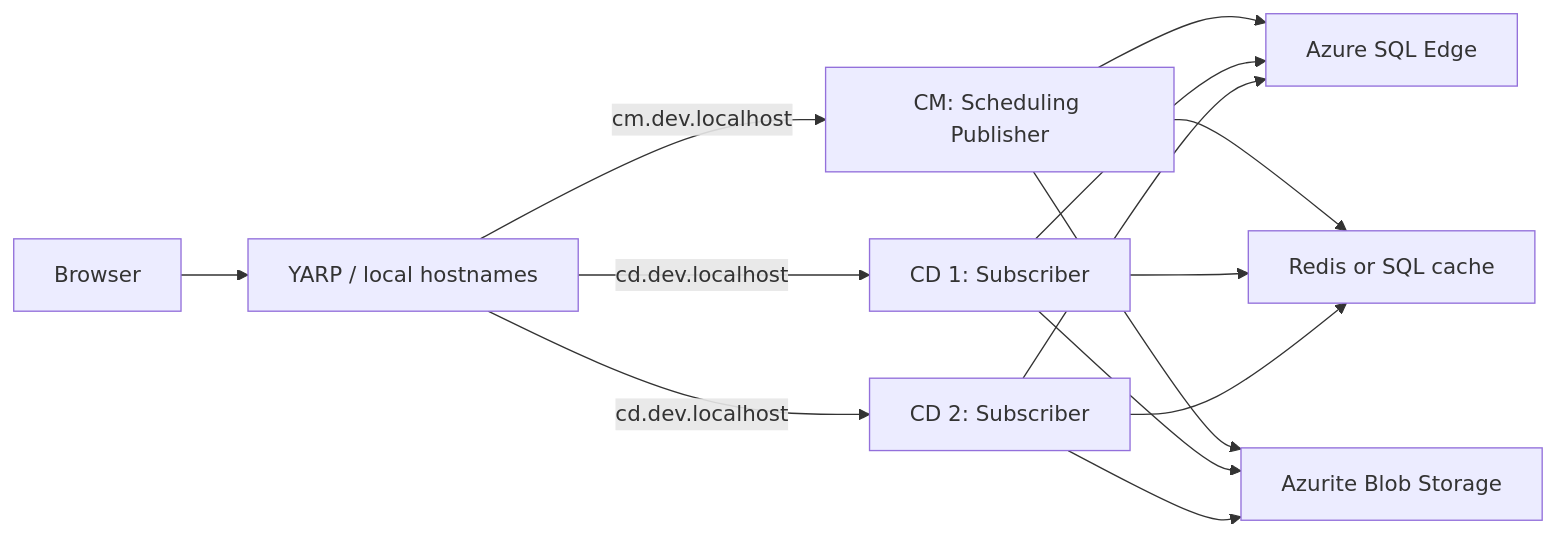
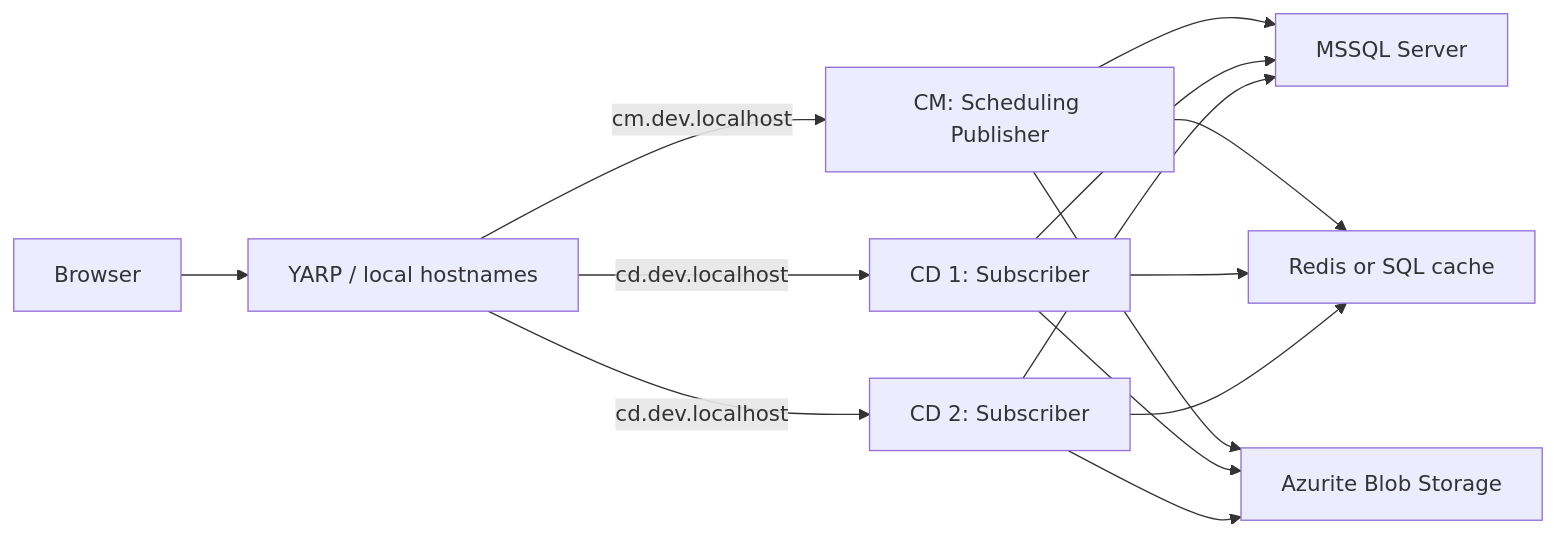
Before and after one commit to hallojoe/defaults-for-umbraco: the diagram in docs/presentation/new-story-line.md, drawn with Mermaid. The commit also changed other lines of this file and 7 other files, not shown here.

````diff
--- a/docs/presentation/new-story-line.md
+++ b/docs/presentation/new-story-line.md
@@ -175,10 +175,10 @@
 ```mermaid
 flowchart LR
   B[Browser] --> P[YARP / local hostnames]
   P -->|cm.dev.localhost| CM[CM: Scheduling Publisher]
   P -->|cd.dev.localhost| CD1[CD 1: Subscriber]
   P -->|cd.dev.localhost| CD2[CD 2: Subscriber]
-  CM & CD1 & CD2 --> SQL[Azure SQL Edge]
+  CM & CD1 & CD2 --> SQL[MSSQL Server]
   CM & CD1 & CD2 --> CACHE[Redis or SQL cache]
   CM & CD1 & CD2 --> BLOB[Azurite Blob Storage]
 ```
````
